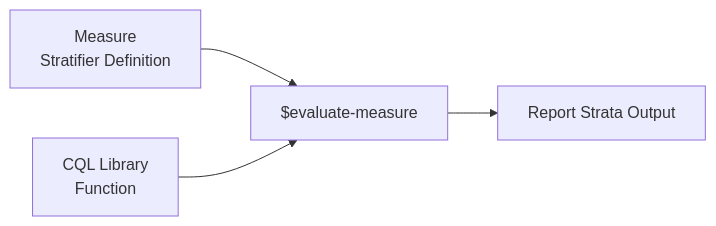
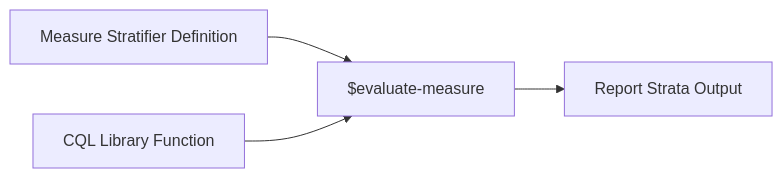
The diagram in docs/script-guide.md (medizininformatik-initiative/DQA-CQL), drawn with Mermaid before and after one commit.

Commit message:
Script Guide

````diff
--- a/docs/script-guide.md
+++ b/docs/script-guide.md
@@ -7,10 +7,10 @@
 ```mermaid
 flowchart LR
-    Stratifier["Measure\nStratifier Definition"]
-    Function["CQL Library\nFunction"]
+    Stratifier["Measure Stratifier Definition"]
+    Function["CQL Library Function"]
     evaluate["$evaluate-measure"]
     Report["Report Strata Output"]
     Stratifier --> evaluate
     Function --> evaluate
     evaluate --> Report
 ```
````
